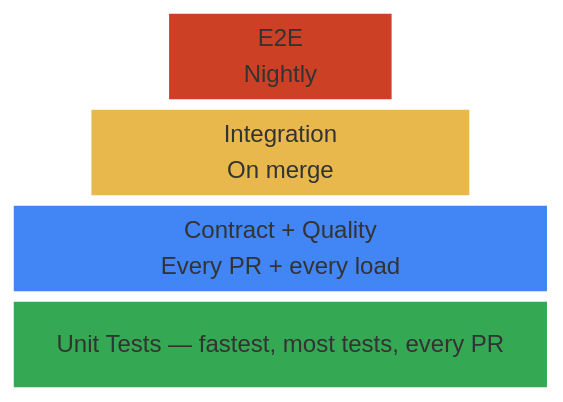
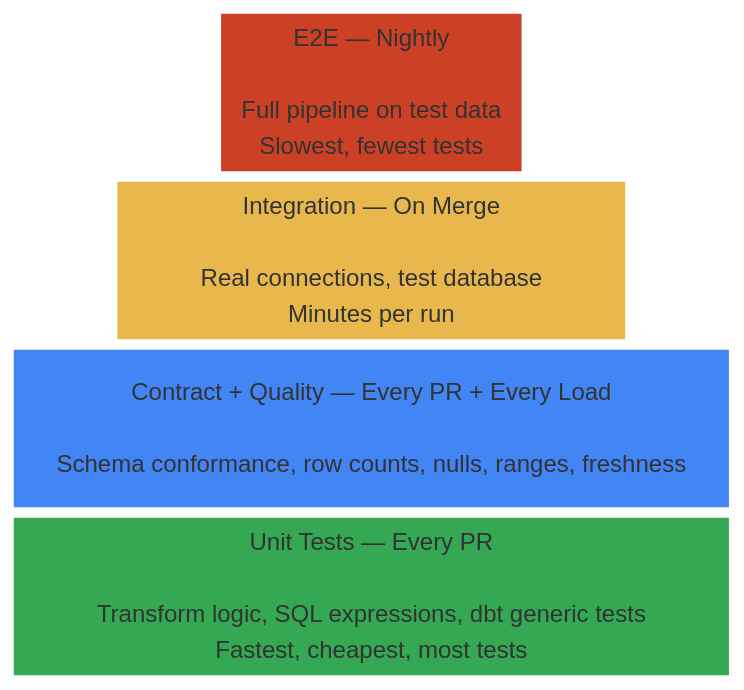
One commit to alp78/elysium changed the diagram in content/14-Data-Architecture/Pipeline-Patterns/data-pipeline-testing-strategy.md. Above: the diagram before and after it, drawn with Mermaid. The commit also changed 2 other files, not shown here.

Commit message:
Sync Vault

````diff
--- a/content/14-Data-Architecture/Pipeline-Patterns/data-pipeline-testing-strategy.md
+++ b/content/14-Data-Architecture/Pipeline-Patterns/data-pipeline-testing-strategy.md
@@ -43,13 +43,13 @@
 ```mermaid
 block-beta
     columns 7
-    space:2 E2E["E2E\nNightly"]:3 space:2
-    space:1 INT["Integration\nOn merge"]:5 space:1
-    CONTRACT["Contract + Quality\nEvery PR + every load"]:7
-    UNIT["Unit Tests — fastest, most tests, every PR"]:7
+    space:2 E2E["E2E — Nightly\n\nFull pipeline on test data\nSlowest, fewest tests"]:3 space:2
+    space:1 INT["Integration — On Merge\n\nReal connections, test database\nMinutes per run"]:5 space:1
+    CONTRACT["Contract + Quality — Every PR + Every Load\n\nSchema conformance, row counts, nulls, ranges, freshness"]:7
+    UNIT["Unit Tests — Every PR\n\nTransform logic, SQL expressions, dbt generic tests\nFastest, cheapest, most tests"]:7
 
     style E2E fill:#cc4125,stroke:#cc4125,color:#fff
     style INT fill:#e8b84d,stroke:#e8b84d,color:#1a1a2e
     style CONTRACT fill:#4285f4,stroke:#4285f4,color:#fff
     style UNIT fill:#34a853,stroke:#34a853,color:#fff
 ```
````
